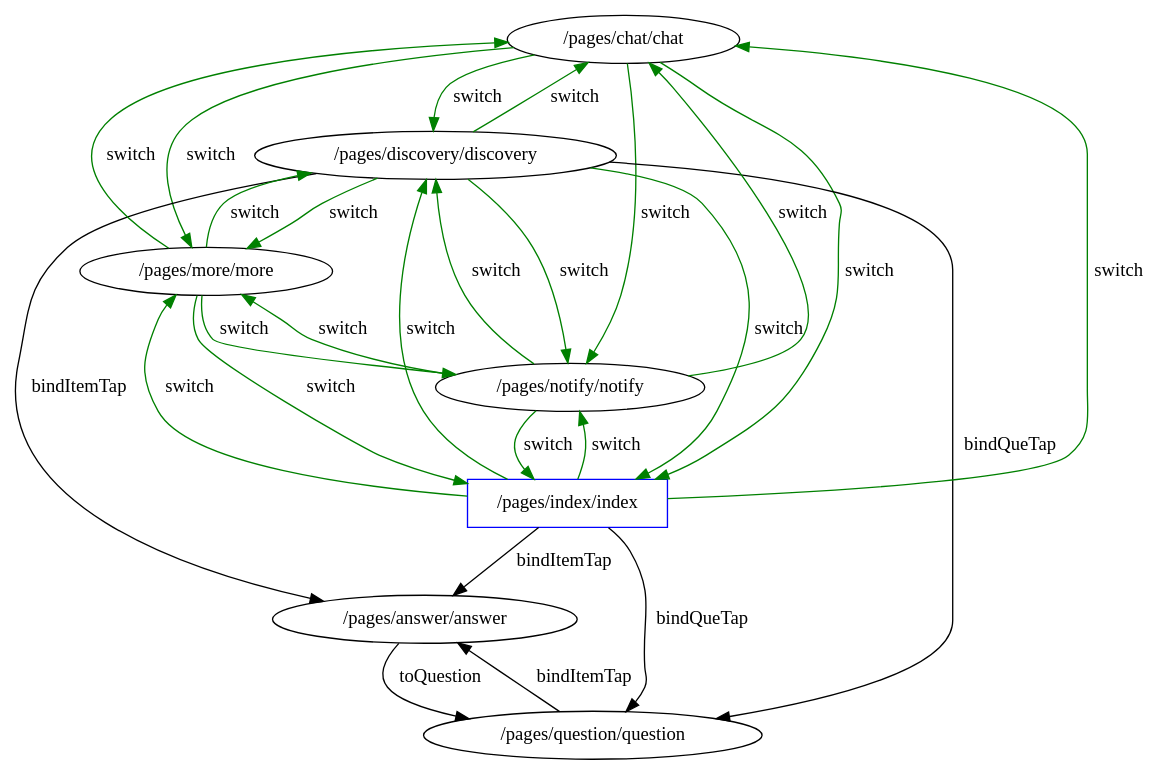
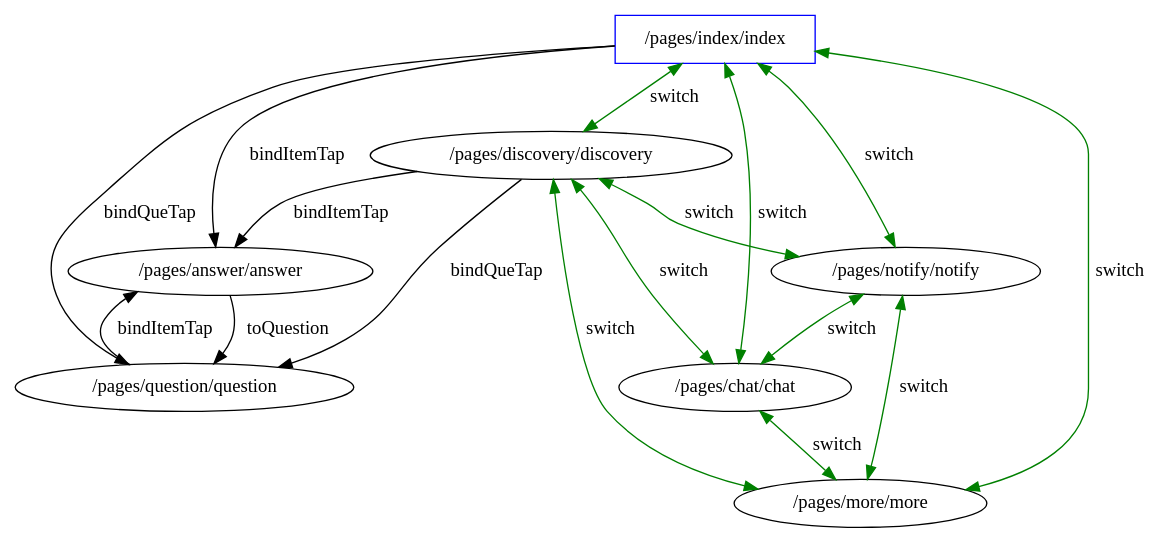
Before and after one commit to ppproxy/app-in-app-analysis: the diagram in graph/weapp-wechat-zhihu-table.gv, drawn with Graphviz. The commit also changed 972 other files, not shown here.

```diff
--- a/graph/weapp-wechat-zhihu-table.gv
+++ b/graph/weapp-wechat-zhihu-table.gv
@@ -1,36 +1,26 @@
 // UI State Transfer Diagram
 digraph {
-	"/pages/chat/chat" [label="/pages/chat/chat"]
-	"/pages/discovery/discovery" [label="/pages/discovery/discovery"]
+	"/pages/answer/answer" [label="/pages/answer/answer"]
 	"/pages/question/question" [label="/pages/question/question"]
-	"/pages/answer/answer" [label="/pages/answer/answer"]
 	"/pages/index/index" [label="/pages/index/index" color=blue shape=rectangle]
 	"/pages/notify/notify" [label="/pages/notify/notify"]
+	"/pages/discovery/discovery" [label="/pages/discovery/discovery"]
+	"/pages/chat/chat" [label="/pages/chat/chat"]
 	"/pages/more/more" [label="/pages/more/more"]
-	"/pages/index/index" -> "/pages/discovery/discovery" [label=switch color=green]
-	"/pages/index/index" -> "/pages/notify/notify" [label=switch color=green]
-	"/pages/index/index" -> "/pages/chat/chat" [label=switch color=green]
-	"/pages/index/index" -> "/pages/more/more" [label=switch color=green]
-	"/pages/discovery/discovery" -> "/pages/index/index" [label=switch color=green]
-	"/pages/discovery/discovery" -> "/pages/notify/notify" [label=switch color=green]
-	"/pages/discovery/discovery" -> "/pages/chat/chat" [label=switch color=green]
-	"/pages/discovery/discovery" -> "/pages/more/more" [label=switch color=green]
-	"/pages/notify/notify" -> "/pages/index/index" [label=switch color=green]
-	"/pages/notify/notify" -> "/pages/discovery/discovery" [label=switch color=green]
-	"/pages/notify/notify" -> "/pages/chat/chat" [label=switch color=green]
-	"/pages/notify/notify" -> "/pages/more/more" [label=switch color=green]
-	"/pages/chat/chat" -> "/pages/index/index" [label=switch color=green]
-	"/pages/chat/chat" -> "/pages/discovery/discovery" [label=switch color=green]
-	"/pages/chat/chat" -> "/pages/notify/notify" [label=switch color=green]
-	"/pages/chat/chat" -> "/pages/more/more" [label=switch color=green]
-	"/pages/more/more" -> "/pages/index/index" [label=switch color=green]
-	"/pages/more/more" -> "/pages/discovery/discovery" [label=switch color=green]
-	"/pages/more/more" -> "/pages/notify/notify" [label=switch color=green]
-	"/pages/more/more" -> "/pages/chat/chat" [label=switch color=green]
+	"/pages/index/index" -> "/pages/discovery/discovery" [label=switch color=green dir=both]
+	"/pages/index/index" -> "/pages/notify/notify" [label=switch color=green dir=both]
+	"/pages/index/index" -> "/pages/chat/chat" [label=switch color=green dir=both]
+	"/pages/index/index" -> "/pages/more/more" [label=switch color=green dir=both]
+	"/pages/discovery/discovery" -> "/pages/notify/notify" [label=switch color=green dir=both]
+	"/pages/discovery/discovery" -> "/pages/chat/chat" [label=switch color=green dir=both]
+	"/pages/discovery/discovery" -> "/pages/more/more" [label=switch color=green dir=both]
+	"/pages/notify/notify" -> "/pages/chat/chat" [label=switch color=green dir=both]
+	"/pages/notify/notify" -> "/pages/more/more" [label=switch color=green dir=both]
+	"/pages/chat/chat" -> "/pages/more/more" [label=switch color=green dir=both]
+	"/pages/index/index" -> "/pages/question/question" [label=bindQueTap]
 	"/pages/index/index" -> "/pages/answer/answer" [label=bindItemTap]
-	"/pages/index/index" -> "/pages/question/question" [label=bindQueTap]
+	"/pages/discovery/discovery" -> "/pages/question/question" [label=bindQueTap]
 	"/pages/discovery/discovery" -> "/pages/answer/answer" [label=bindItemTap]
-	"/pages/discovery/discovery" -> "/pages/question/question" [label=bindQueTap]
 	"/pages/answer/answer" -> "/pages/question/question" [label=toQuestion]
 	"/pages/question/question" -> "/pages/answer/answer" [label=bindItemTap]
 }
```
